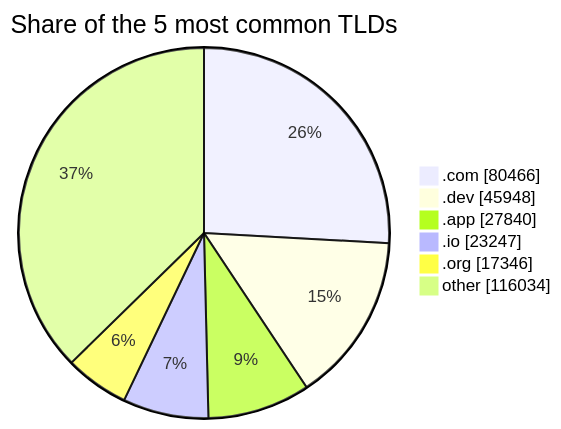
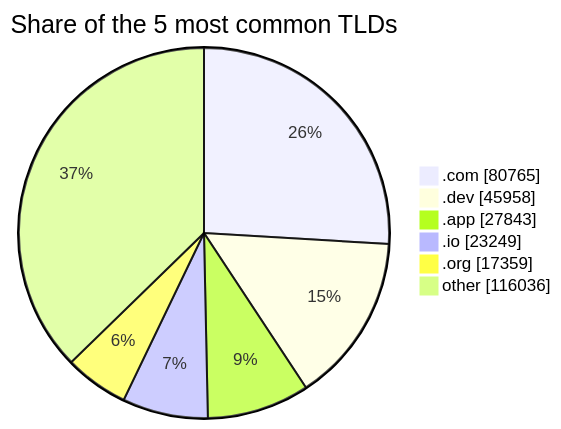
The third of 3 diagrams in README.md (DNSBunker/CTI), drawn with Mermaid before and after one commit. The commit also changed other lines of this file and 3 other files, not shown here.

````diff
--- a/README.md
+++ b/README.md
@@ -81,9 +81,9 @@
 ```mermaid
 pie showData title Share of the 5 most common TLDs
-    ".com" : 80466
-    ".dev" : 45948
-    ".app" : 27840
-    ".io" : 23247
-    ".org" : 17346
-    "other" : 116034
+    ".com" : 80765
+    ".dev" : 45958
+    ".app" : 27843
+    ".io" : 23249
+    ".org" : 17359
+    "other" : 116036
 ```
````
